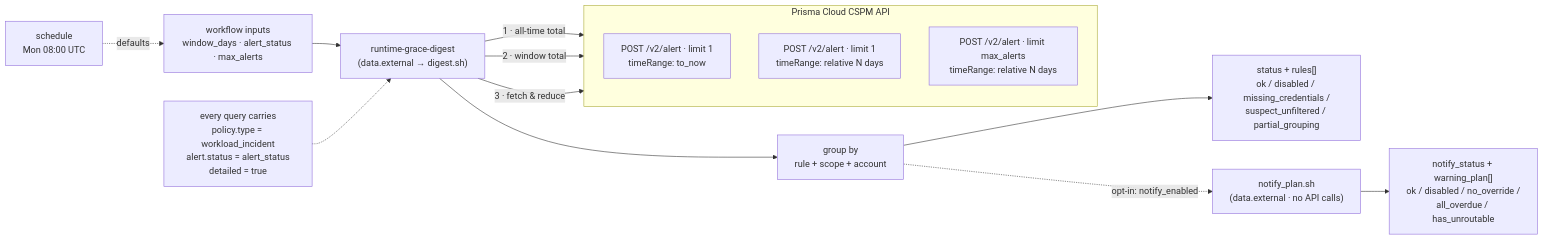
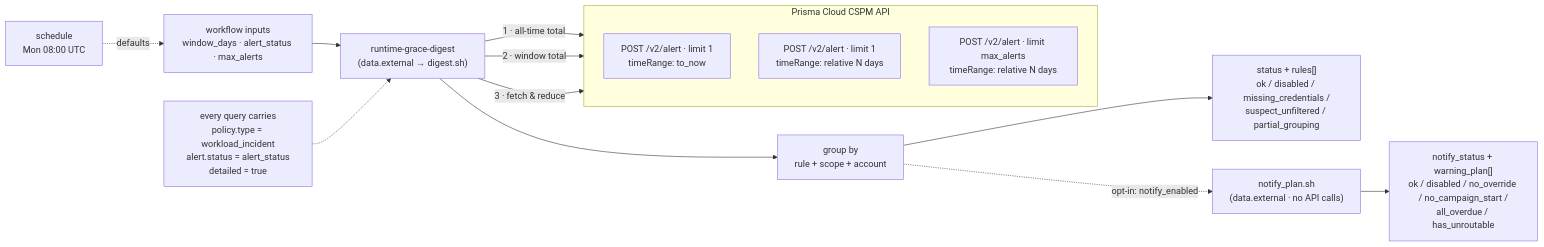
One commit to mdboynton/terraform-prisma-cloud-test changed the fourth of 5 diagrams in ARCHITECTURE_DIAGRAM.md. Above: the diagram before and after it, drawn with Mermaid. The commit also changed other lines of this file and 10 other files, not shown here.

Commit message:
wf8: grace countdown starts at max(firstSeen, campaign_start_date)

````diff
--- a/ARCHITECTURE_DIAGRAM.md
+++ b/ARCHITECTURE_DIAGRAM.md
@@ -193,23 +193,23 @@
 ```mermaid
 flowchart LR
     IN["workflow inputs<br/>window_days · alert_status · max_alerts"] --> M["runtime-grace-digest<br/>(data.external → digest.sh)"]
     SCHED["schedule<br/>Mon 08:00 UTC"] -.->|"defaults"| IN
 
     F["every query carries<br/>policy.type = workload_incident<br/>alert.status = alert_status<br/>detailed = true"] -.-> M
 
     subgraph CSPM["Prisma Cloud CSPM API"]
         direction TB
         ALL["POST /v2/alert · limit 1<br/>timeRange: to_now"]
         WIN["POST /v2/alert · limit 1<br/>timeRange: relative N days"]
         ROWS["POST /v2/alert · limit max_alerts<br/>timeRange: relative N days"]
     end
 
     M -->|"1 · all-time total"| ALL
     M -->|"2 · window total"| WIN
     M -->|"3 · fetch & reduce"| ROWS
     M --> G["group by<br/>rule + scope + account"]
     G --> OUT["status + rules[]<br/>ok / disabled / missing_credentials /<br/>suspect_unfiltered / partial_grouping"]
 
     G -.->|"opt-in: notify_enabled"| N["notify_plan.sh<br/>(data.external · no API calls)"]
-    N --> NOUT["notify_status + warning_plan[]<br/>ok / disabled / no_override /<br/>all_overdue / has_unroutable"]
+    N --> NOUT["notify_status + warning_plan[]<br/>ok / disabled / no_override / no_campaign_start /<br/>all_overdue / has_unroutable"]
 ```
````
